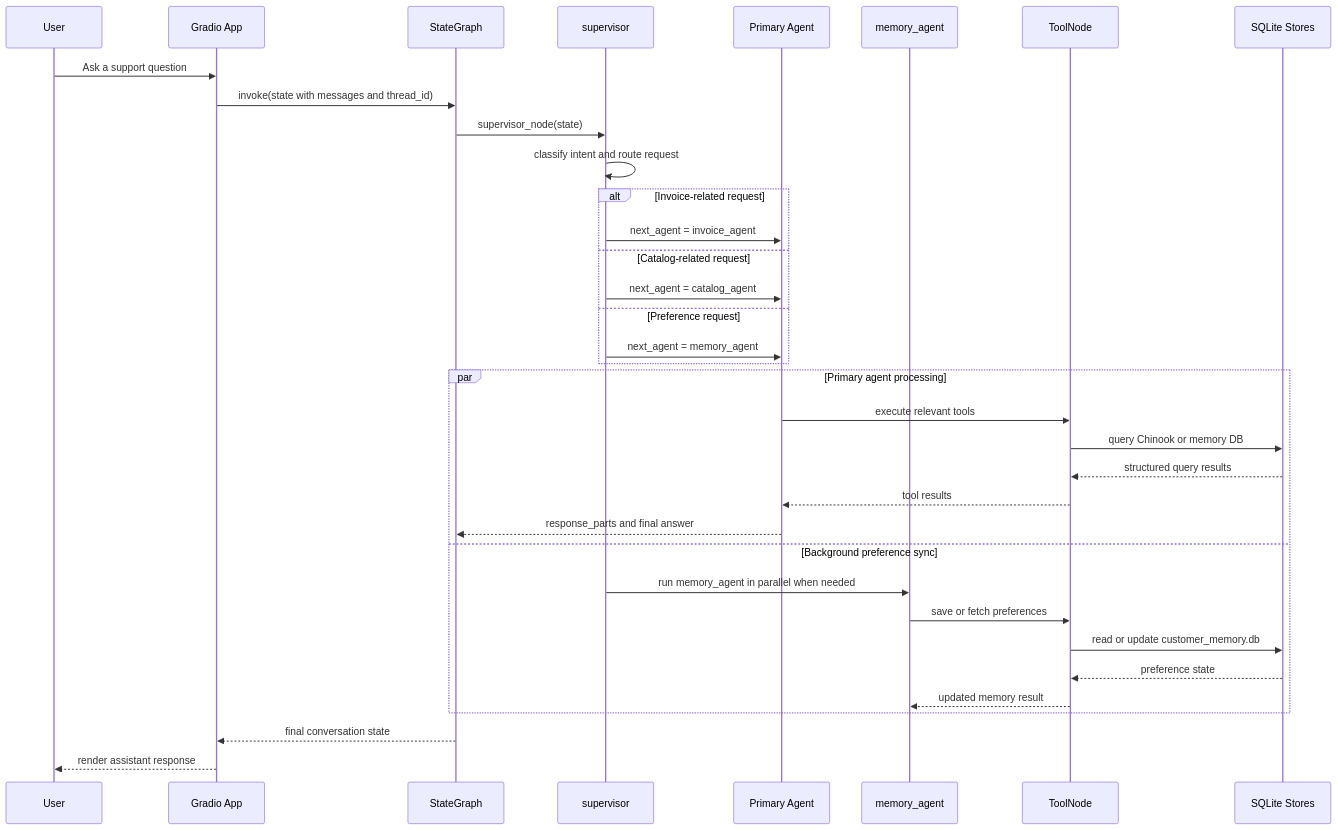
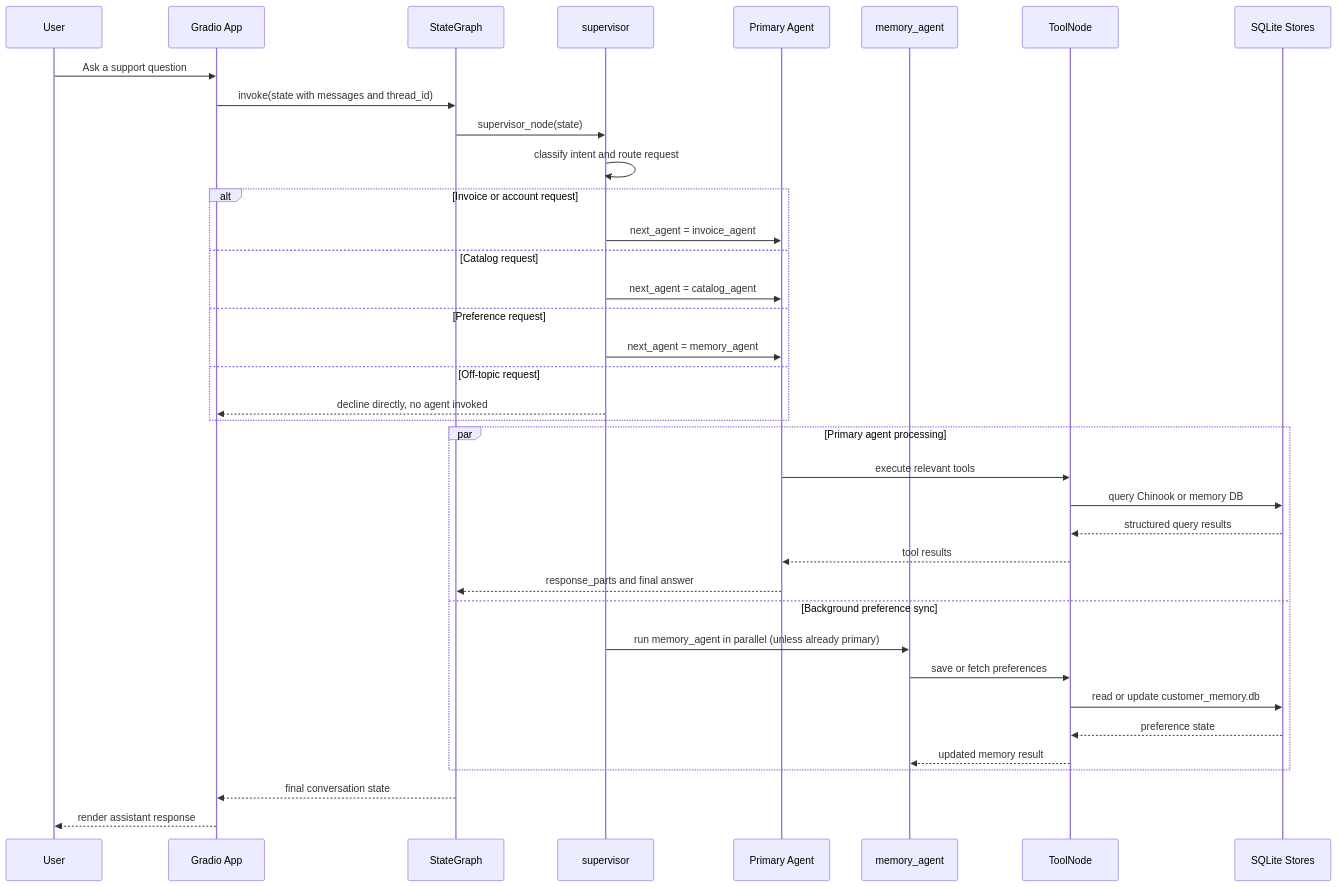
One commit to kansaram/chinook-customer-support-agent changed the second of 2 diagrams in README.md. Above: the diagram before and after it, drawn with Mermaid. The commit also changed other lines of this file, not shown here.

````diff
--- a/README.md
+++ b/README.md
@@ -39,41 +51,43 @@
 ```mermaid
 sequenceDiagram
     participant User
     participant UI as Gradio App
     participant Graph as StateGraph
     participant Sup as supervisor
     participant Prim as Primary Agent
     participant Mem as memory_agent
     participant ToolNode
     participant DB as SQLite Stores
 
     User->>UI: Ask a support question
     UI->>Graph: invoke(state with messages and thread_id)
     Graph->>Sup: supervisor_node(state)
     Sup->>Sup: classify intent and route request
 
-    alt Invoice-related request
+    alt Invoice or account request
         Sup->>Prim: next_agent = invoice_agent
-    else Catalog-related request
+    else Catalog request
         Sup->>Prim: next_agent = catalog_agent
     else Preference request
         Sup->>Prim: next_agent = memory_agent
+    else Off-topic request
+        Sup-->>UI: decline directly, no agent invoked
     end
 
     par Primary agent processing
         Prim->>ToolNode: execute relevant tools
         ToolNode->>DB: query Chinook or memory DB
         DB-->>ToolNode: structured query results
         ToolNode-->>Prim: tool results
         Prim-->>Graph: response_parts and final answer
     and Background preference sync
-        Sup->>Mem: run memory_agent in parallel when needed
+        Sup->>Mem: run memory_agent in parallel (unless already primary)
         Mem->>ToolNode: save or fetch preferences
         ToolNode->>DB: read or update customer_memory.db
         DB-->>ToolNode: preference state
         ToolNode-->>Mem: updated memory result
     end
 
     Graph-->>UI: final conversation state
     UI-->>User: render assistant response
 ```
````
